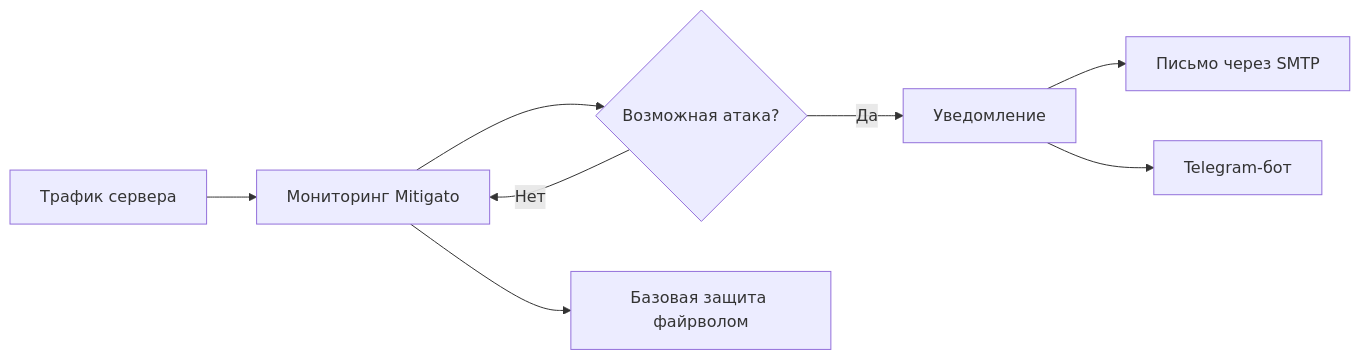
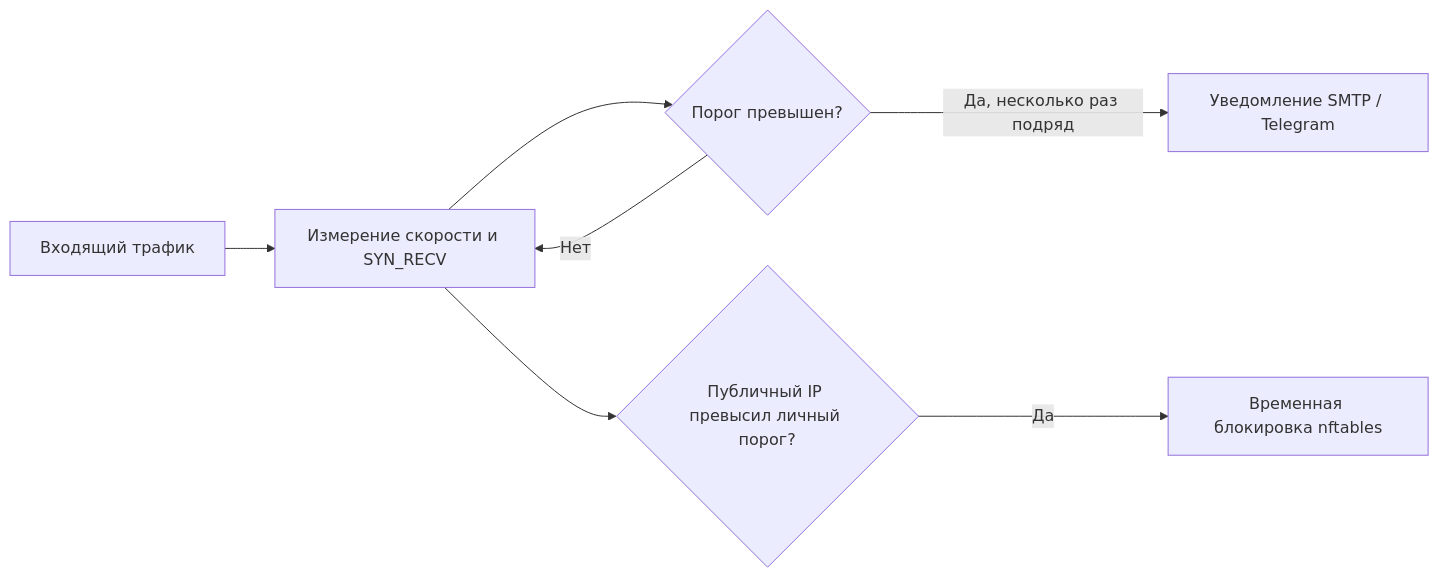
Before and after one commit to THWEDOKA/Mitigato: the diagram in README.ru.md, drawn with Mermaid. The commit also changed other lines of this file and 8 other files, not shown here.

````diff
--- a/README.ru.md
+++ b/README.ru.md
@@ -38,10 +32,9 @@
 ```mermaid
 flowchart LR
-    A[Трафик сервера] --> B[Мониторинг Mitigato]
-    B --> C{Возможная атака?}
+    A[Входящий трафик] --> B[Измерение скорости и SYN_RECV]
+    B --> C{Порог превышен?}
+    C -- Да, несколько раз подряд --> D[Уведомление SMTP / Telegram]
     C -- Нет --> B
-    C -- Да --> D[Уведомление]
-    D --> E[Письмо через SMTP]
-    D --> F[Telegram-бот]
-    B --> G[Базовая защита файрволом]
+    B --> E{Публичный IP превысил личный порог?}
+    E -- Да --> F[Временная блокировка nftables]
 ```
````
